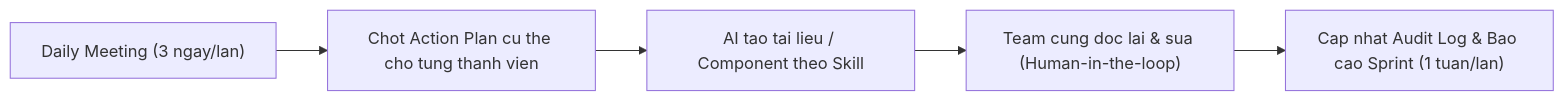
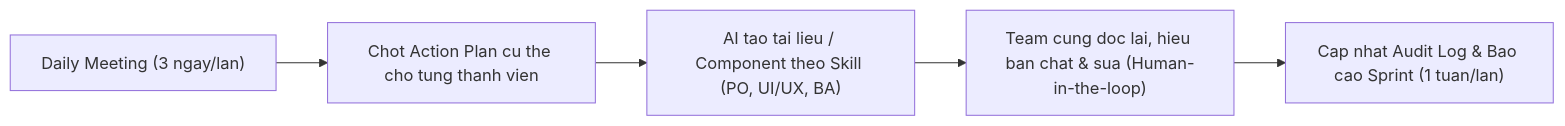
The diagram in 00-ai-harness/prompts-and-reviews.md (Kaioplass2k5/Vault-Myteam), drawn with Mermaid before and after one commit. The commit also changed other lines of this file and 5 other files, not shown here.

Commit message:
feat(requirements): add ba-skill, PRD, and system architecture

````diff
--- a/00-ai-harness/prompts-and-reviews.md
+++ b/00-ai-harness/prompts-and-reviews.md
@@ -31,7 +40,7 @@
 ```mermaid
 flowchart LR
     A["Daily Meeting (3 ngay/lan)"] --> B["Chot Action Plan cu the cho tung thanh vien"]
-    B --> C["AI tao tai lieu / Component theo Skill"]
-    C --> D["Team cung doc lai & sua (Human-in-the-loop)"]
+    B --> C["AI tao tai lieu / Component theo Skill (PO, UI/UX, BA)"]
+    C --> D["Team cung doc lai, hieu ban chat & sua (Human-in-the-loop)"]
     D --> E["Cap nhat Audit Log & Bao cao Sprint (1 tuan/lan)"]
 ```
````
